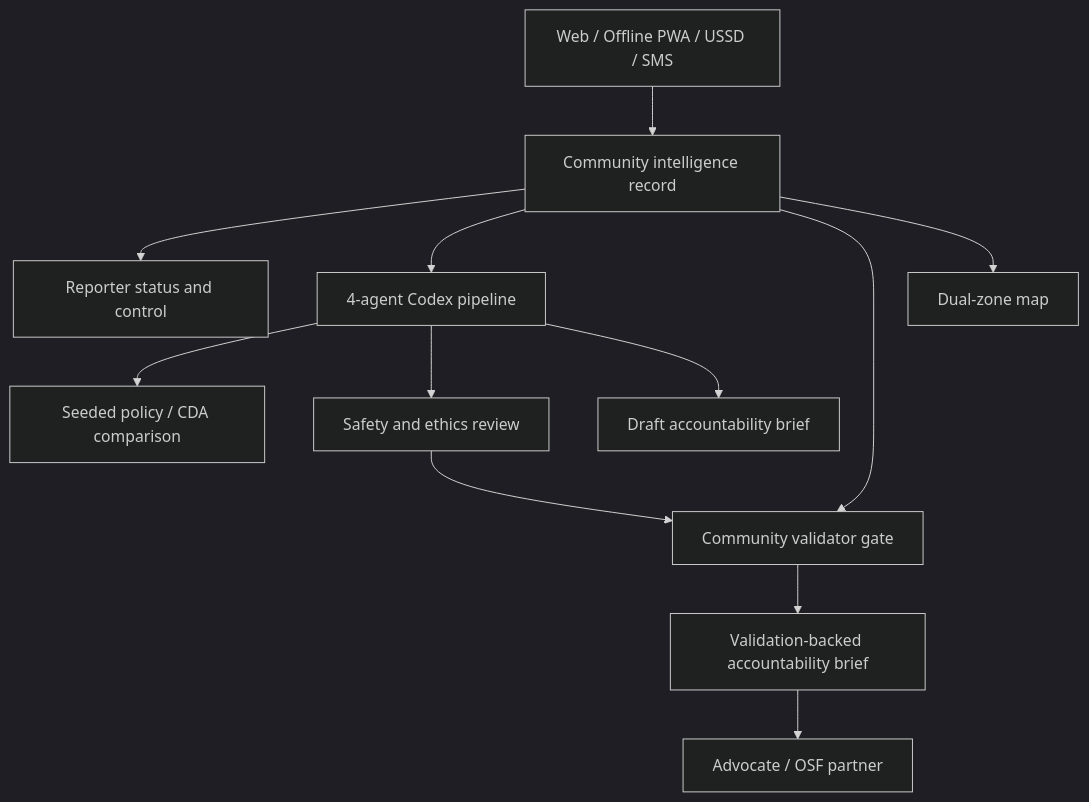
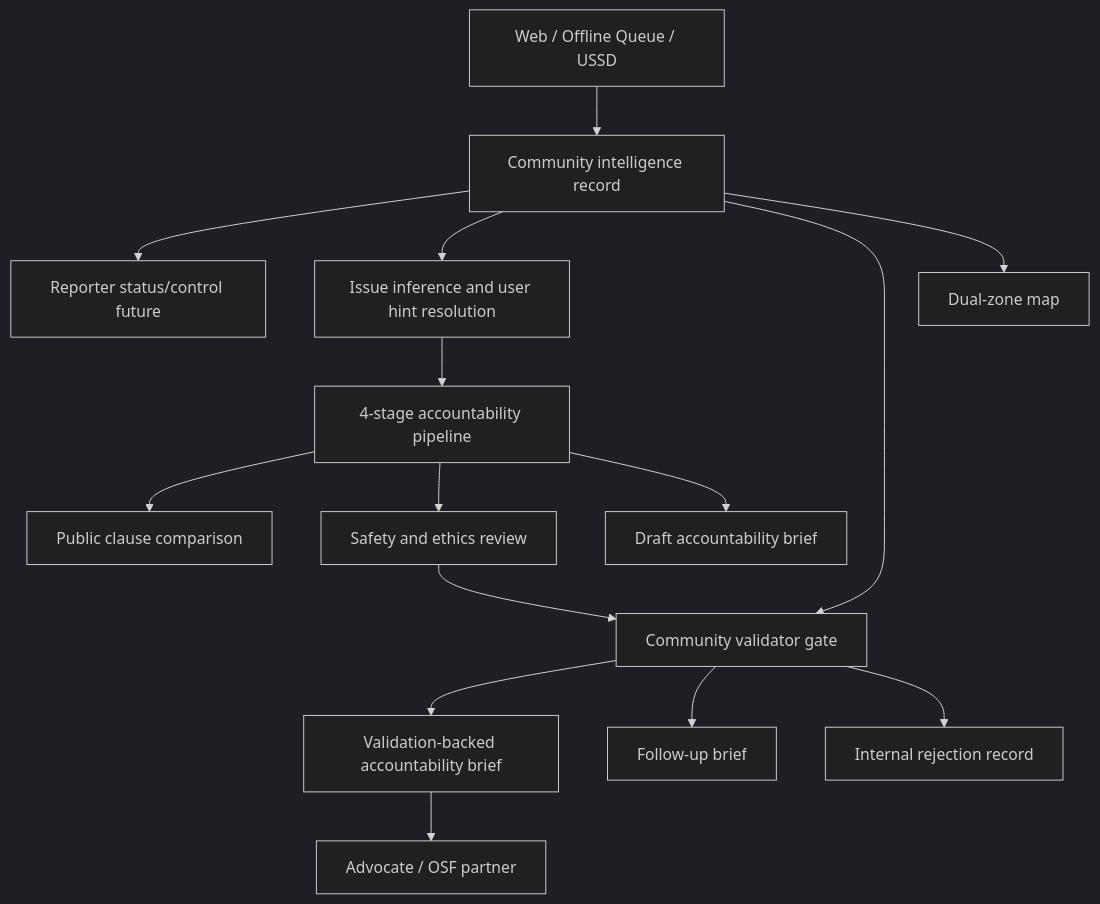
One commit to odhiamboally/ubuntu_sentinel changed the second of 2 diagrams in DEPENDENCY_MAP.md. Above: the diagram before and after it, drawn with Mermaid (dark theme). The commit also changed other lines of this file and 65 other files, not shown here.

````diff
--- a/DEPENDENCY_MAP.md
+++ b/DEPENDENCY_MAP.md
@@ -40,26 +40,32 @@
 ```mermaid
 flowchart TD
-    Intake["Web / Offline PWA / USSD / SMS"]
+    Intake["Web / Offline Queue / USSD"]
     Case["Community intelligence record"]
-    Pipeline["4-agent Codex pipeline"]
-    Policy["Seeded policy / CDA comparison"]
+    Inference["Issue inference and user hint resolution"]
+    Pipeline["4-stage accountability pipeline"]
+    Policy["Public clause comparison"]
     Safety["Safety and ethics review"]
     Validation["Community validator gate"]
     Draft["Draft accountability brief"]
+    FollowUp["Follow-up brief"]
+    Rejected["Internal rejection record"]
     Ready["Validation-backed accountability brief"]
     Map["Dual-zone map"]
-    Reporter["Reporter status and control"]
+    Reporter["Reporter status/control future"]
     Partner["Advocate / OSF partner"]
 
     Intake --> Case
     Case --> Reporter
-    Case --> Pipeline
+    Case --> Inference
+    Inference --> Pipeline
     Pipeline --> Policy
     Pipeline --> Safety
     Pipeline --> Draft
     Case --> Validation
     Safety --> Validation
     Validation --> Ready
+    Validation --> FollowUp
+    Validation --> Rejected
     Case --> Map
     Ready --> Partner
 ```
````
